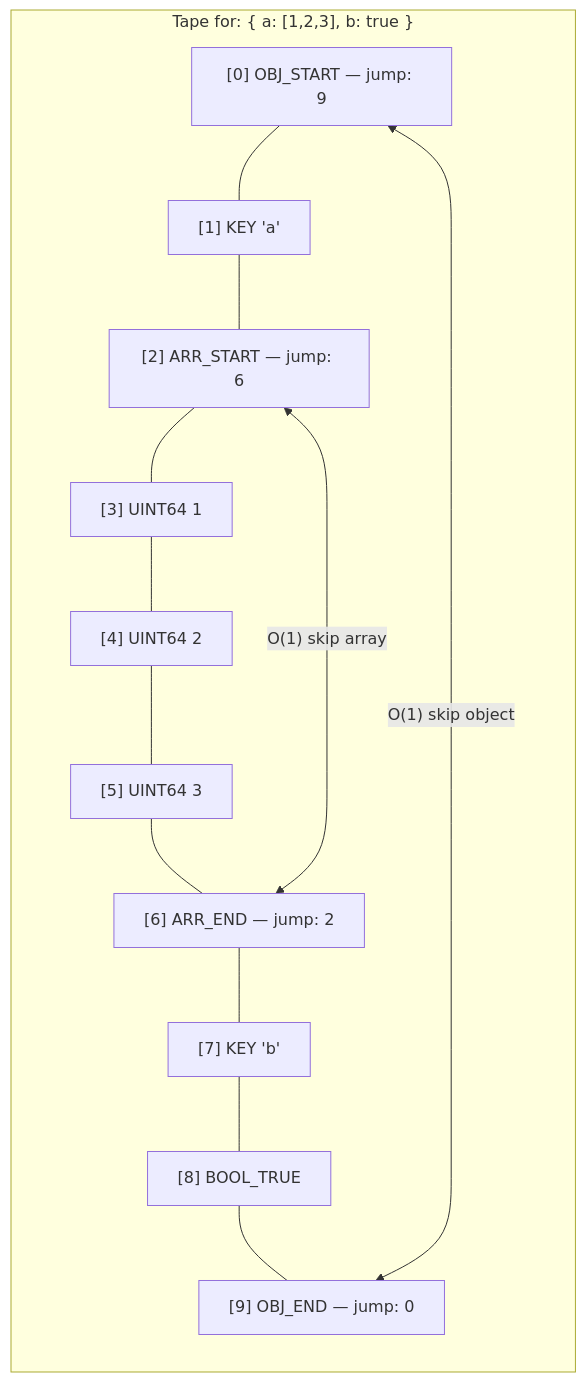
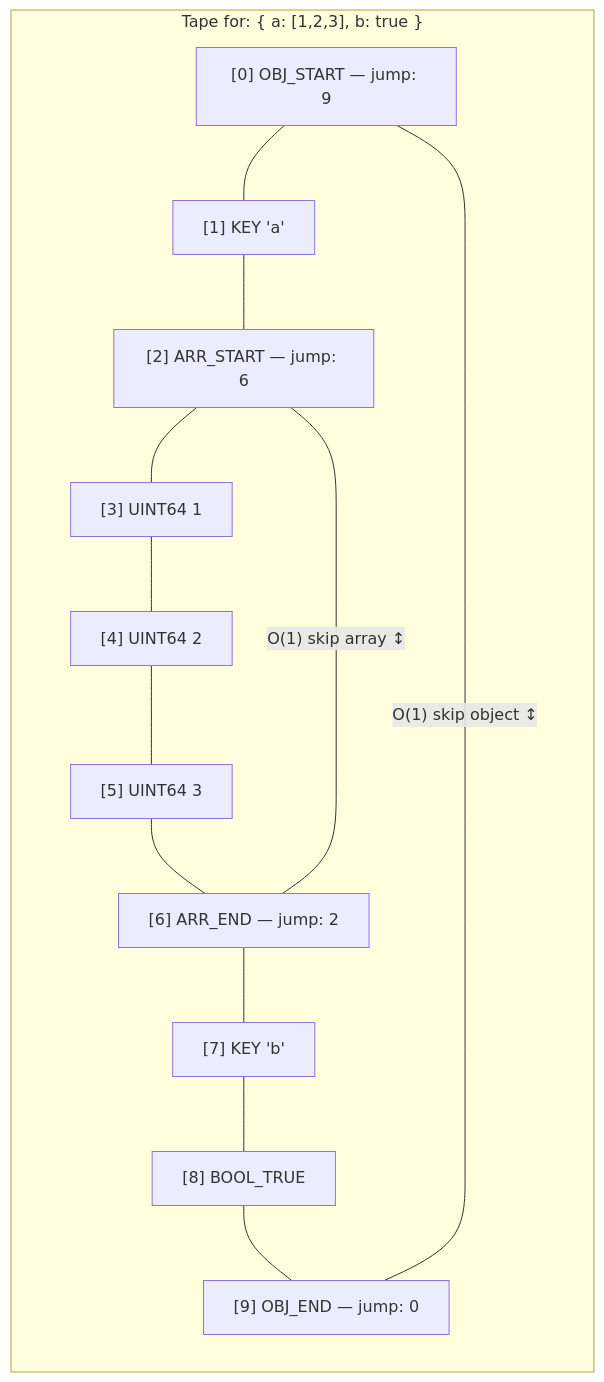
Before and after one commit to the-lkb/beast-json: the sixth of 6 diagrams in docs/theory/architecture.md, drawn with Mermaid. The commit also changed other lines of this file and 2 other files, not shown here.

First line of the commit message:
fix: mobile hero overlap, mermaid clipping, and syntax errors

````diff
--- a/docs/theory/architecture.md
+++ b/docs/theory/architecture.md
@@ -173,20 +173,20 @@
 ```mermaid
 flowchart TB
     subgraph DOC["Tape for: { a: [1,2,3], b: true }"]
         direction TB
         I0["[0] OBJ_START — jump: 9"]
         I1["[1] KEY 'a'"]
         I2["[2] ARR_START — jump: 6"]
         I3["[3] UINT64 1"]
         I4["[4] UINT64 2"]
         I5["[5] UINT64 3"]
         I6["[6] ARR_END — jump: 2"]
         I7["[7] KEY 'b'"]
         I8["[8] BOOL_TRUE"]
         I9["[9] OBJ_END — jump: 0"]
         I0 --- I1 --- I2 --- I3 --- I4 --- I5 --- I6 --- I7 --- I8 --- I9
     end
 
-    I2 <-->|"O(1) skip array"| I6
-    I0 <-->|"O(1) skip object"| I9
+    I2 ---|"O(1) skip array ↕"| I6
+    I0 ---|"O(1) skip object ↕"| I9
 ```
````
